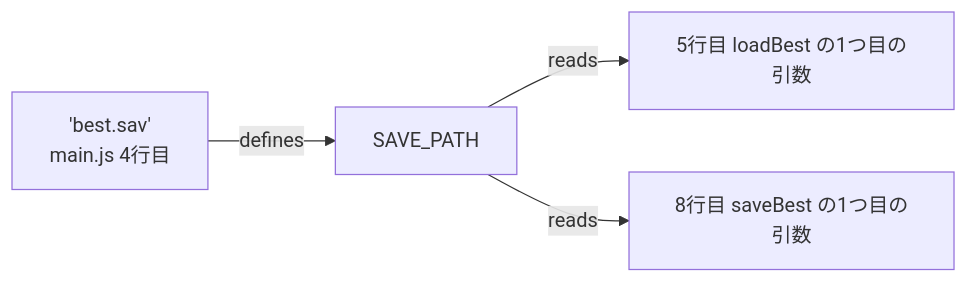
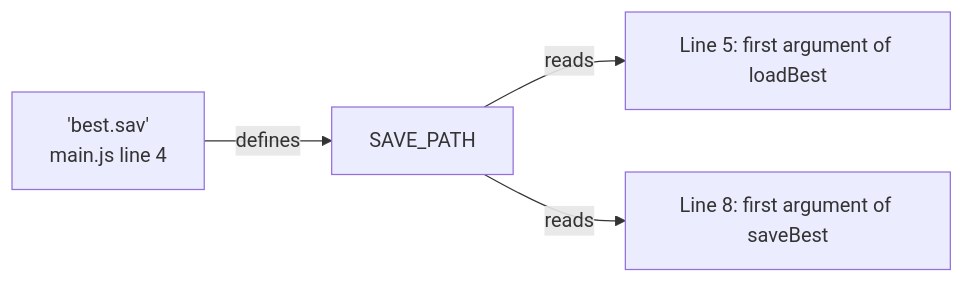
Before and after one commit to kiwamizamurai/gaming: the second of 2 diagrams in articles/22-rea-hands-on.md, drawn with Mermaid. The commit also changed other lines of this file and 46 other files, not shown here.

````diff
--- a/articles/22-rea-hands-on.md
+++ b/articles/22-rea-hands-on.md
@@ -393,6 +393,6 @@
 ```mermaid
 flowchart LR
-  lit["'best.sav'<br>main.js 4行目"] -->|defines| bind["SAVE_PATH"]
-  bind -->|reads| r5["5行目 loadBest の1つ目の引数"]
-  bind -->|reads| r8["8行目 saveBest の1つ目の引数"]
+  lit["'best.sav'<br>main.js line 4"] -->|defines| bind["SAVE_PATH"]
+  bind -->|reads| r5["Line 5: first argument of loadBest"]
+  bind -->|reads| r8["Line 8: first argument of saveBest"]
 ```
````
